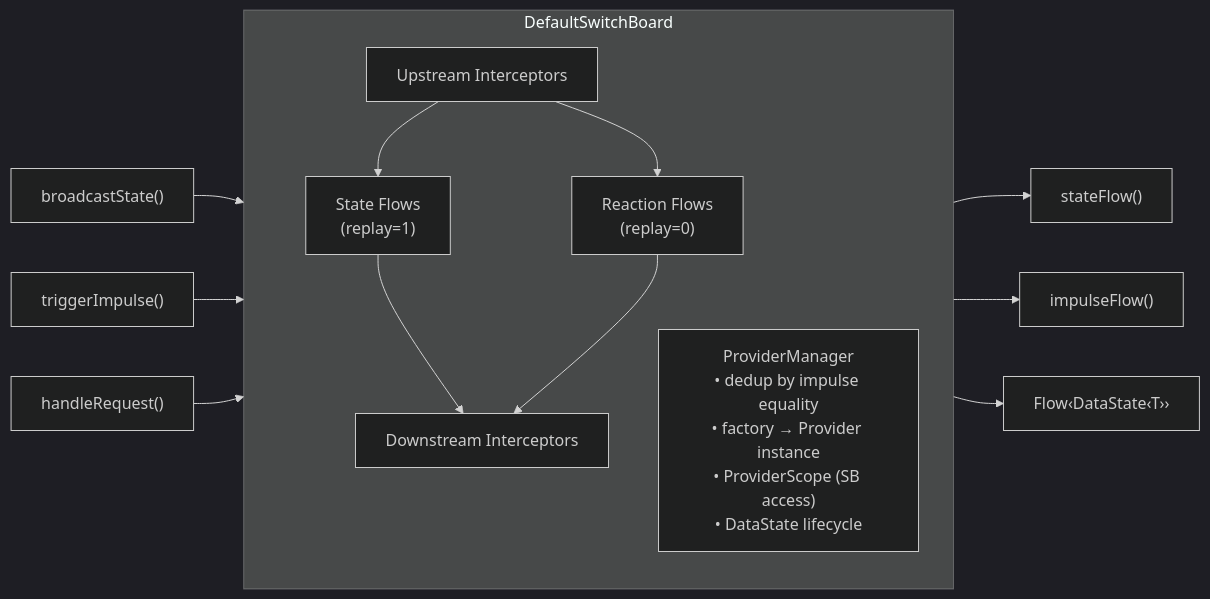
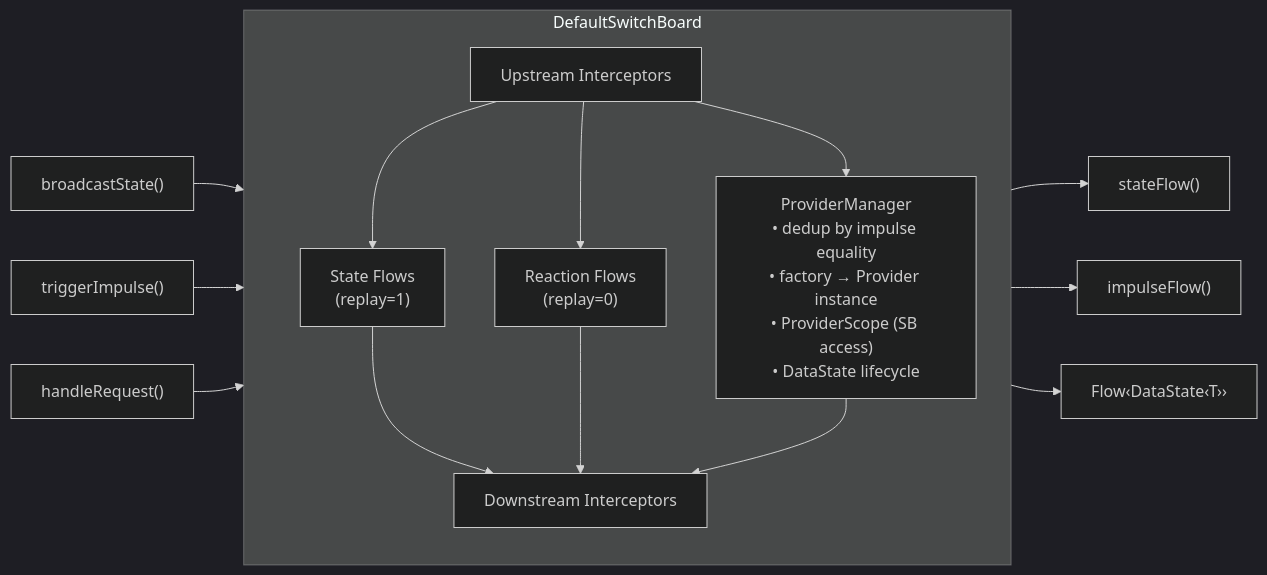
The fourth of 8 diagrams in arch/README.md (coreywaldon/synapse), drawn with Mermaid (dark theme) before and after one commit. The commit also changed other lines of this file, not shown here.

````diff
--- a/arch/README.md
+++ b/arch/README.md
@@ -198,23 +198,24 @@
 ```mermaid
 flowchart LR
     subgraph DefaultSwitchBoard
         direction TB
         UP_INT["Upstream Interceptors"]
         STATE_FLOW["State Flows<br/>(replay=1)"]
         REACT_FLOW["Reaction Flows<br/>(replay=0)"]
         DN_INT["Downstream Interceptors"]
         PROV["ProviderManager<br/>• dedup by impulse equality<br/>• factory → Provider instance<br/>• ProviderScope (SB access)<br/>• DataState lifecycle"]
     end
 
     BS["broadcastState()"] --> UP_INT
     TI["triggerImpulse()"] --> UP_INT
+    HR["handleRequest()"] --> UP_INT
     UP_INT --> STATE_FLOW
     UP_INT --> REACT_FLOW
+    UP_INT --> PROV
     STATE_FLOW --> DN_INT
     REACT_FLOW --> DN_INT
+    PROV --> DN_INT
     DN_INT --> SF_OUT["stateFlow()"]
     DN_INT --> IF_OUT["impulseFlow()"]
-
-    HR["handleRequest()"] --> PROV
-    PROV --> DS_OUT["Flow‹DataState‹T››"]
+    DN_INT --> DS_OUT["Flow‹DataState‹T››"]
 ```
````
